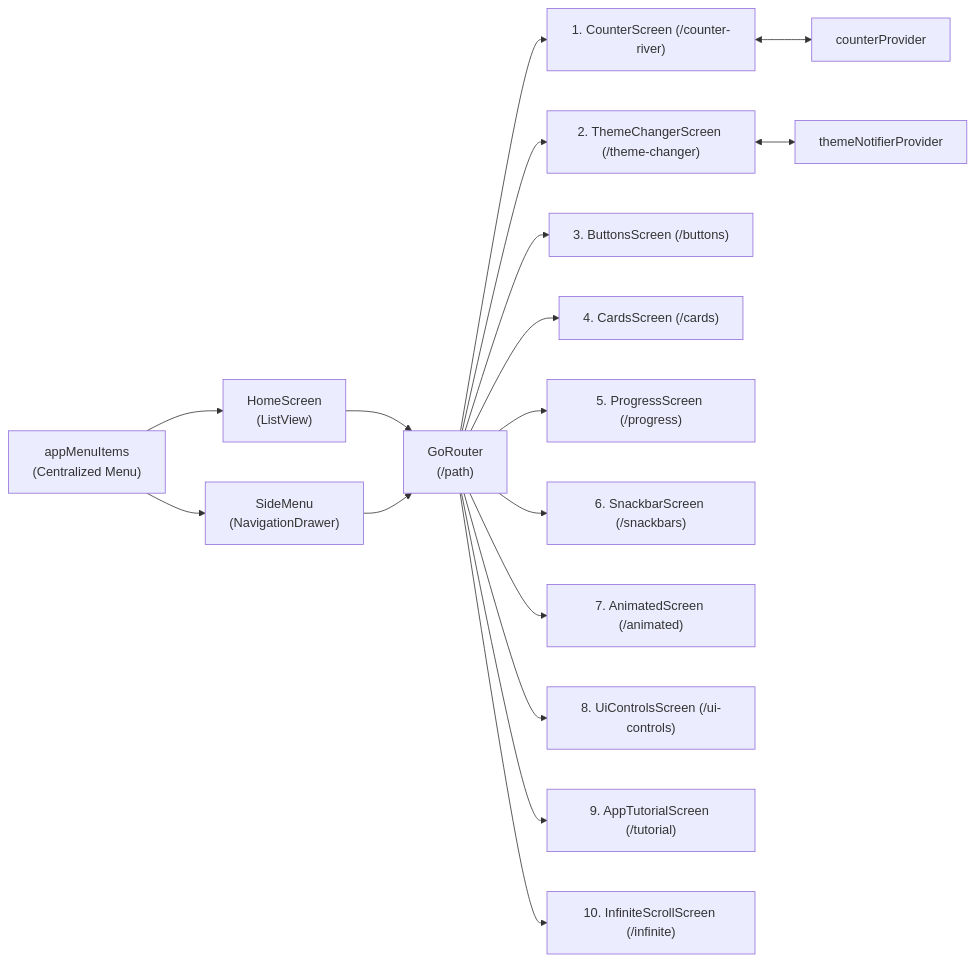
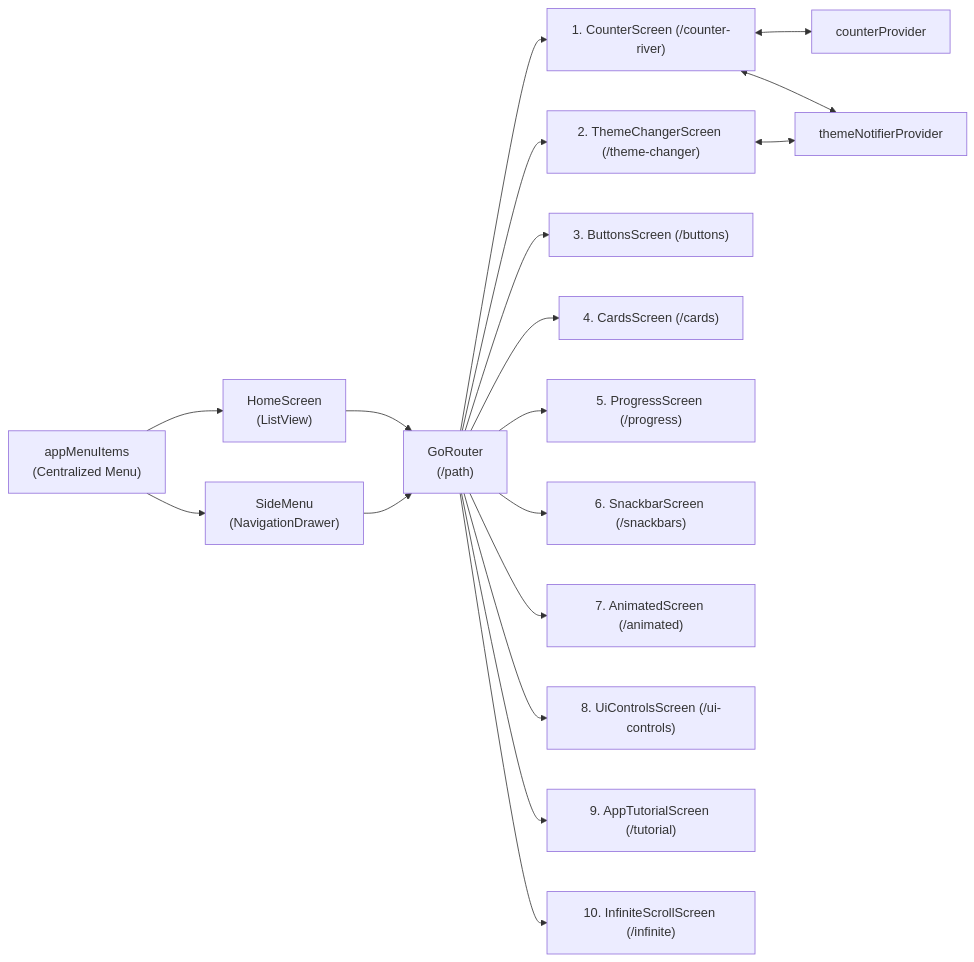
The diagram in Practica05/widgets_app/Docs/Architecture/DIAGRAMA_2_ARQUITECTURA_ESPECIFICA.md (JesuuusArt/Practicas_DMI_220772), drawn with Mermaid before and after one commit. The commit also changed other lines of this file and 8 other files, not shown here.

````diff
--- a/Practica05/widgets_app/Docs/Architecture/DIAGRAMA_2_ARQUITECTURA_ESPECIFICA.md
+++ b/Practica05/widgets_app/Docs/Architecture/DIAGRAMA_2_ARQUITECTURA_ESPECIFICA.md
@@ -14,21 +27,22 @@
 ```mermaid
 graph LR
     Menu["appMenuItems\n(Centralized Menu)"] --> Home["HomeScreen\n(ListView)"]
     Menu --> Drawer["SideMenu\n(NavigationDrawer)"]
     Home --> Router["GoRouter\n(/path)"]
     Drawer --> Router
 
     Router --> C1["1. CounterScreen (/counter-river)"]
     Router --> C2["2. ThemeChangerScreen (/theme-changer)"]
     Router --> C3["3. ButtonsScreen (/buttons)"]
     Router --> C4["4. CardsScreen (/cards)"]
     Router --> C5["5. ProgressScreen (/progress)"]
     Router --> C6["6. SnackbarScreen (/snackbars)"]
     Router --> C7["7. AnimatedScreen (/animated)"]
     Router --> C8["8. UiControlsScreen (/ui-controls)"]
     Router --> C9["9. AppTutorialScreen (/tutorial)"]
     Router --> C10["10. InfiniteScrollScreen (/infinite)"]
 
     C1 <--> P1["counterProvider"]
-    C2 <--> P2["themeNotifierProvider"]
+    C1 <--> P2["themeNotifierProvider"]
+    C2 <--> P2
 ```
````
